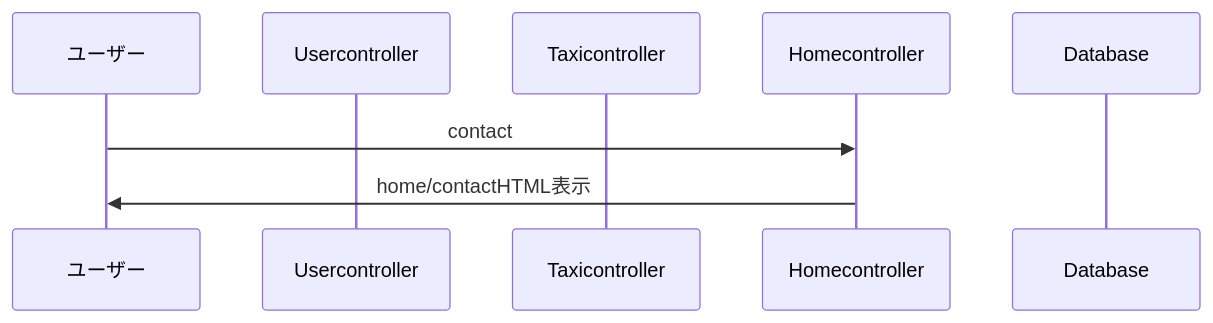
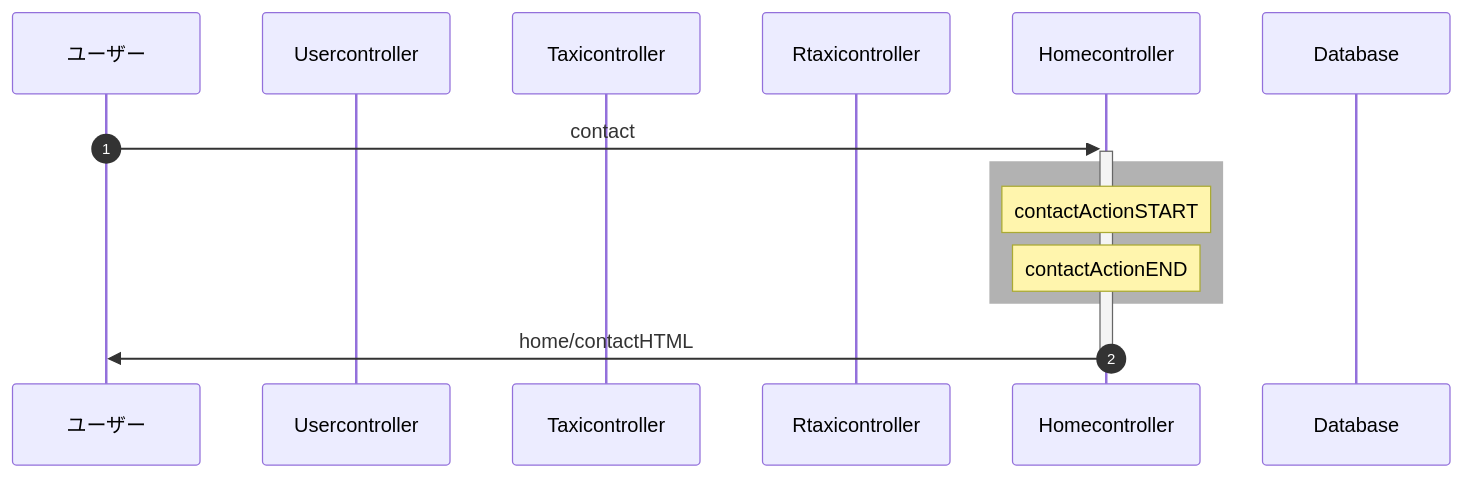
Before and after one commit to tsola-20011118/sfcnet: the second of 28 diagrams in explain.mmd, drawn with Mermaid. The commit also changed other lines of this file and 10 other files, not shown here.

````diff
--- a/explain.mmd
+++ b/explain.mmd
@@ -90,11 +96,18 @@
 ```mermaid
 sequenceDiagram
+    autonumber
     participant u as ユーザー
     participant uc as Usercontroller
     participant tc as Taxicontroller
+    participant rc as Rtaxicontroller
+    participant rc as Rtaxicontroller
     participant hc as Homecontroller
     participant db as Database
-    u ->> hc : contact
-    hc ->> u　: home/contactHTML表示
+    u ->>+ hc : contact
+    rect rgba(0, 0, 0, 0.3)
+    Note over hc : contactActionSTART
+    Note over hc : contactActionEND
+    end
+    hc ->>- u　: home/contactHTML
 
 ```
````
